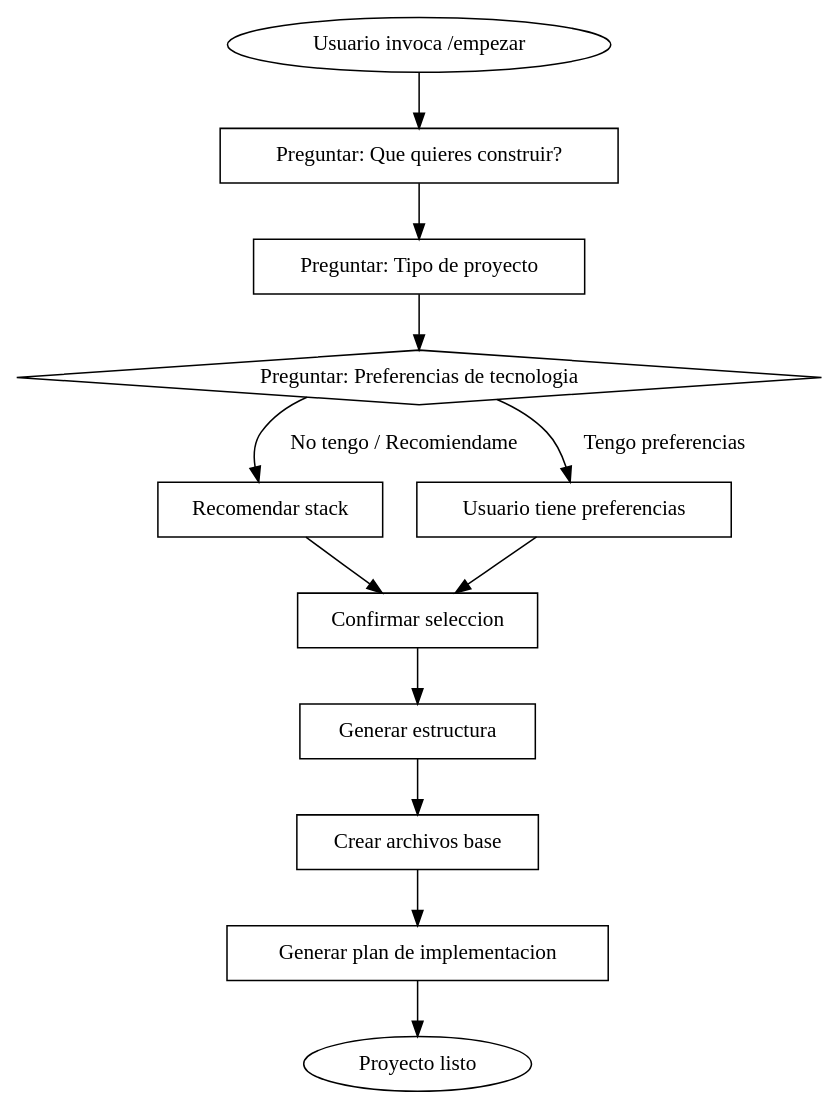
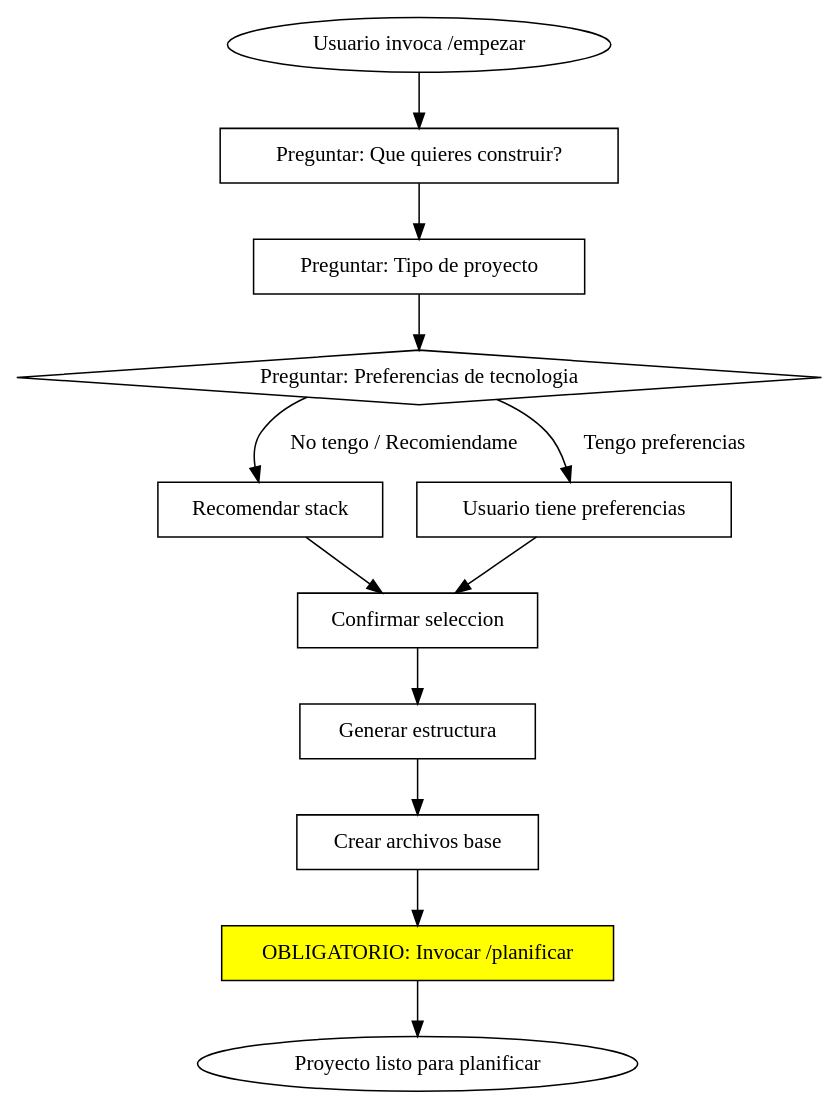
One commit to adriestevezdev/cc-partner changed the diagram in skills/empezar/skill.md. Above: the diagram before and after it, drawn with Graphviz. The commit also changed other lines of this file and 5 other files, not shown here.

````diff
--- a/skills/empezar/skill.md
+++ b/skills/empezar/skill.md
@@ -14,29 +16,29 @@
 ```dot
 digraph empezar_flow {
     rankdir=TB;
 
     "Usuario invoca /empezar" [shape=ellipse];
     "Preguntar: Que quieres construir?" [shape=box];
     "Preguntar: Tipo de proyecto" [shape=box];
     "Preguntar: Preferencias de tecnologia" [shape=diamond];
     "Recomendar stack" [shape=box];
     "Usuario tiene preferencias" [shape=box];
     "Confirmar seleccion" [shape=box];
     "Generar estructura" [shape=box];
     "Crear archivos base" [shape=box];
-    "Generar plan de implementacion" [shape=box];
-    "Proyecto listo" [shape=ellipse];
+    "OBLIGATORIO: Invocar /planificar" [shape=box style=filled fillcolor=yellow];
+    "Proyecto listo para planificar" [shape=ellipse];
 
     "Usuario invoca /empezar" -> "Preguntar: Que quieres construir?";
     "Preguntar: Que quieres construir?" -> "Preguntar: Tipo de proyecto";
     "Preguntar: Tipo de proyecto" -> "Preguntar: Preferencias de tecnologia";
     "Preguntar: Preferencias de tecnologia" -> "Recomendar stack" [label="No tengo / Recomiendame"];
     "Preguntar: Preferencias de tecnologia" -> "Usuario tiene preferencias" [label="Tengo preferencias"];
     "Recomendar stack" -> "Confirmar seleccion";
     "Usuario tiene preferencias" -> "Confirmar seleccion";
     "Confirmar seleccion" -> "Generar estructura";
     "Generar estructura" -> "Crear archivos base";
-    "Crear archivos base" -> "Generar plan de implementacion";
-    "Generar plan de implementacion" -> "Proyecto listo";
+    "Crear archivos base" -> "OBLIGATORIO: Invocar /planificar";
+    "OBLIGATORIO: Invocar /planificar" -> "Proyecto listo para planificar";
 }
 ```
````
